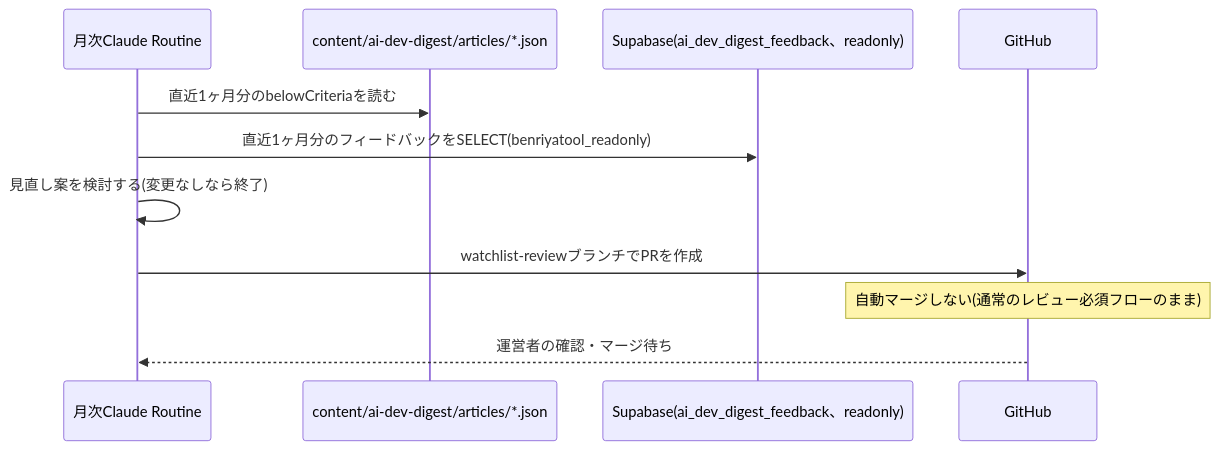
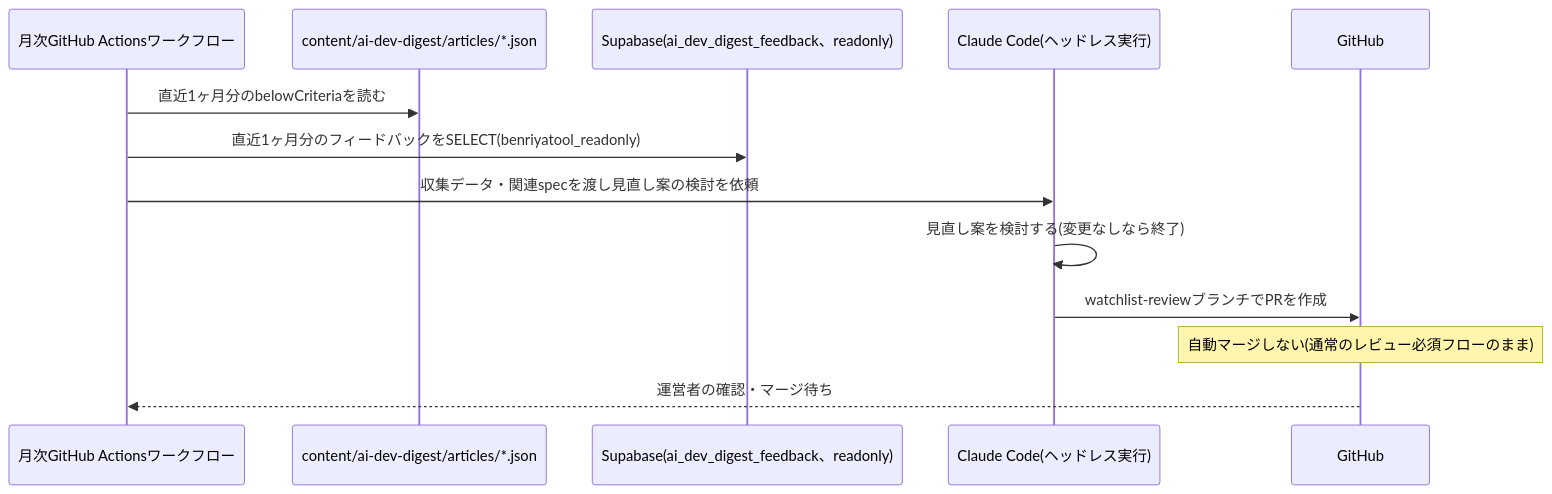
The diagram in specs/ai-dev-digest/watchlist-review/design.md (zakiyama0108/benriyatool), drawn with Mermaid before and after one commit. The commit also changed other lines of this file and 11 other files, not shown here.

````diff
--- a/specs/ai-dev-digest/watchlist-review/design.md
+++ b/specs/ai-dev-digest/watchlist-review/design.md
@@ -40,14 +44,16 @@
 ```mermaid
 sequenceDiagram
-    participant routine as 月次Claude Routine
+    participant workflow as 月次GitHub Actionsワークフロー
     participant articles as content/ai-dev-digest/articles/*.json
     participant db as Supabase(ai_dev_digest_feedback、readonly)
+    participant claude as Claude Code(ヘッドレス実行)
     participant gh as GitHub
 
-    routine ->> articles: 直近1ヶ月分のbelowCriteriaを読む
-    routine ->> db: 直近1ヶ月分のフィードバックをSELECT(benriyatool_readonly)
-    routine ->> routine: 見直し案を検討する(変更なしなら終了)
-    routine ->> gh: watchlist-reviewブランチでPRを作成
+    workflow ->> articles: 直近1ヶ月分のbelowCriteriaを読む
+    workflow ->> db: 直近1ヶ月分のフィードバックをSELECT(benriyatool_readonly)
+    workflow ->> claude: 収集データ・関連specを渡し見直し案の検討を依頼
+    claude ->> claude: 見直し案を検討する(変更なしなら終了)
+    claude ->> gh: watchlist-reviewブランチでPRを作成
     Note over gh: 自動マージしない(通常のレビュー必須フローのまま)
-    gh -->> routine: 運営者の確認・マージ待ち
+    gh -->> workflow: 運営者の確認・マージ待ち
 ```
````
